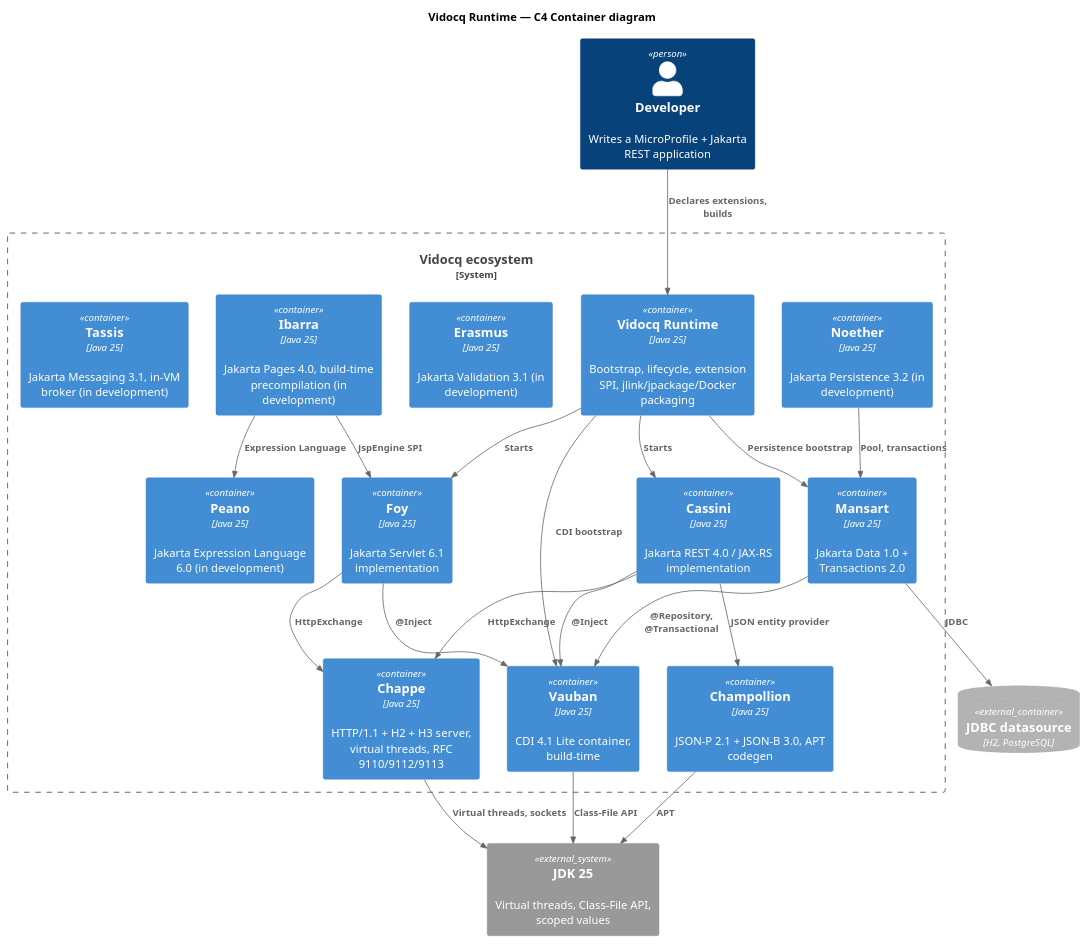
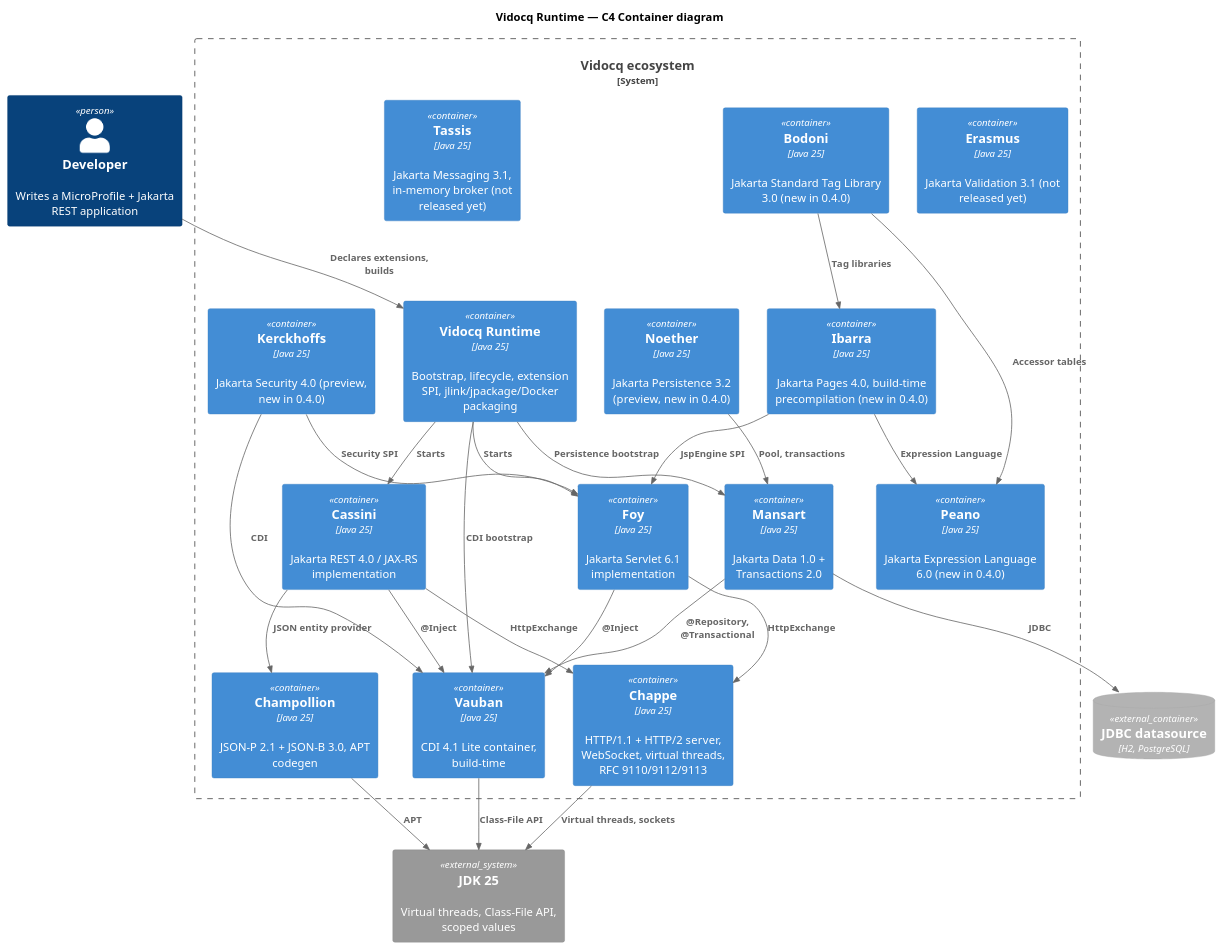
The first of 2 diagrams in content/home/modules/ROOT/pages/architecture.adoc (vidocq-stack/vidocq-docs), drawn with PlantUML before and after one commit. The commit also changed other lines of this file and 11 other files, not shown here.

```diff
--- a/content/home/modules/ROOT/pages/architecture.adoc
+++ b/content/home/modules/ROOT/pages/architecture.adoc
@@ -9,51 +9,57 @@
 [plantuml]
 ....
 @startuml
 !include <C4/C4_Container>
 
 title Vidocq Runtime — C4 Container diagram
 
 Person(dev, "Developer", "Writes a MicroProfile + Jakarta REST application")
 System_Ext(jdk, "JDK 25", "Virtual threads, Class-File API, scoped values")
 
 System_Boundary(vidocq, "Vidocq ecosystem") {
   Container(mps, "Vidocq Runtime", "Java 25", "Bootstrap, lifecycle, extension SPI, jlink/jpackage/Docker packaging")
 
-  Container(chappe, "Chappe", "Java 25", "HTTP/1.1 + H2 + H3 server, virtual threads, RFC 9110/9112/9113")
+  Container(chappe, "Chappe", "Java 25", "HTTP/1.1 + HTTP/2 server, WebSocket, virtual threads, RFC 9110/9112/9113")
   Container(foy, "Foy", "Java 25", "Jakarta Servlet 6.1 implementation")
   Container(cassini, "Cassini", "Java 25", "Jakarta REST 4.0 / JAX-RS implementation")
   Container(vauban, "Vauban", "Java 25", "CDI 4.1 Lite container, build-time")
   Container(champollion, "Champollion", "Java 25", "JSON-P 2.1 + JSON-B 3.0, APT codegen")
   Container(mansart, "Mansart", "Java 25", "Jakarta Data 1.0 + Transactions 2.0")
-  Container(noether, "Noether", "Java 25", "Jakarta Persistence 3.2 (in development)")
-  Container(erasmus, "Erasmus", "Java 25", "Jakarta Validation 3.1 (in development)")
-  Container(peano, "Peano", "Java 25", "Jakarta Expression Language 6.0 (in development)")
-  Container(ibarra, "Ibarra", "Java 25", "Jakarta Pages 4.0, build-time precompilation (in development)")
-  Container(tassis, "Tassis", "Java 25", "Jakarta Messaging 3.1, in-VM broker (in development)")
+  Container(noether, "Noether", "Java 25", "Jakarta Persistence 3.2 (preview, new in 0.4.0)")
+  Container(kerckhoffs, "Kerckhoffs", "Java 25", "Jakarta Security 4.0 (preview, new in 0.4.0)")
+  Container(erasmus, "Erasmus", "Java 25", "Jakarta Validation 3.1 (not released yet)")
+  Container(peano, "Peano", "Java 25", "Jakarta Expression Language 6.0 (new in 0.4.0)")
+  Container(ibarra, "Ibarra", "Java 25", "Jakarta Pages 4.0, build-time precompilation (new in 0.4.0)")
+  Container(bodoni, "Bodoni", "Java 25", "Jakarta Standard Tag Library 3.0 (new in 0.4.0)")
+  Container(tassis, "Tassis", "Java 25", "Jakarta Messaging 3.1, in-memory broker (not released yet)")
 }
 
 ContainerDb_Ext(db, "JDBC datasource", "H2, PostgreSQL")
 
 Rel(dev, mps, "Declares extensions, builds")
 Rel(mps, cassini, "Starts")
 Rel(mps, foy, "Starts")
 Rel(mps, vauban, "CDI bootstrap")
 Rel(mps, mansart, "Persistence bootstrap")
 
 Rel(cassini, chappe, "HttpExchange")
 Rel(foy, chappe, "HttpExchange")
 Rel(cassini, champollion, "JSON entity provider")
 Rel(cassini, vauban, "@Inject")
 Rel(foy, vauban, "@Inject")
 Rel(mansart, vauban, "@Repository, @Transactional")
 Rel(mansart, db, "JDBC")
 Rel(noether, mansart, "Pool, transactions")
 Rel(ibarra, foy, "JspEngine SPI")
 Rel(ibarra, peano, "Expression Language")
+Rel(bodoni, ibarra, "Tag libraries")
+Rel(bodoni, peano, "Accessor tables")
+Rel(kerckhoffs, foy, "Security SPI")
+Rel(kerckhoffs, vauban, "CDI")
 
 Rel(chappe, jdk, "Virtual threads, sockets")
 Rel(vauban, jdk, "Class-File API")
 Rel(champollion, jdk, "APT")
 
 @enduml
 ....
```
